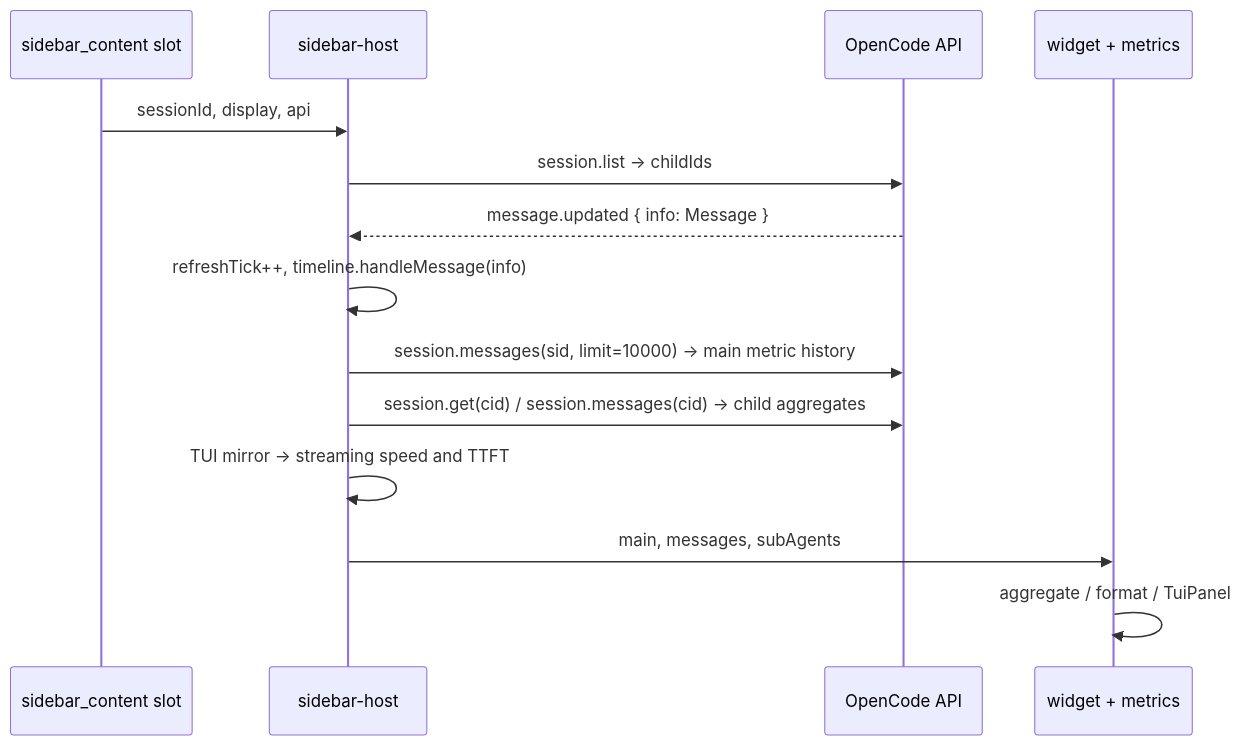
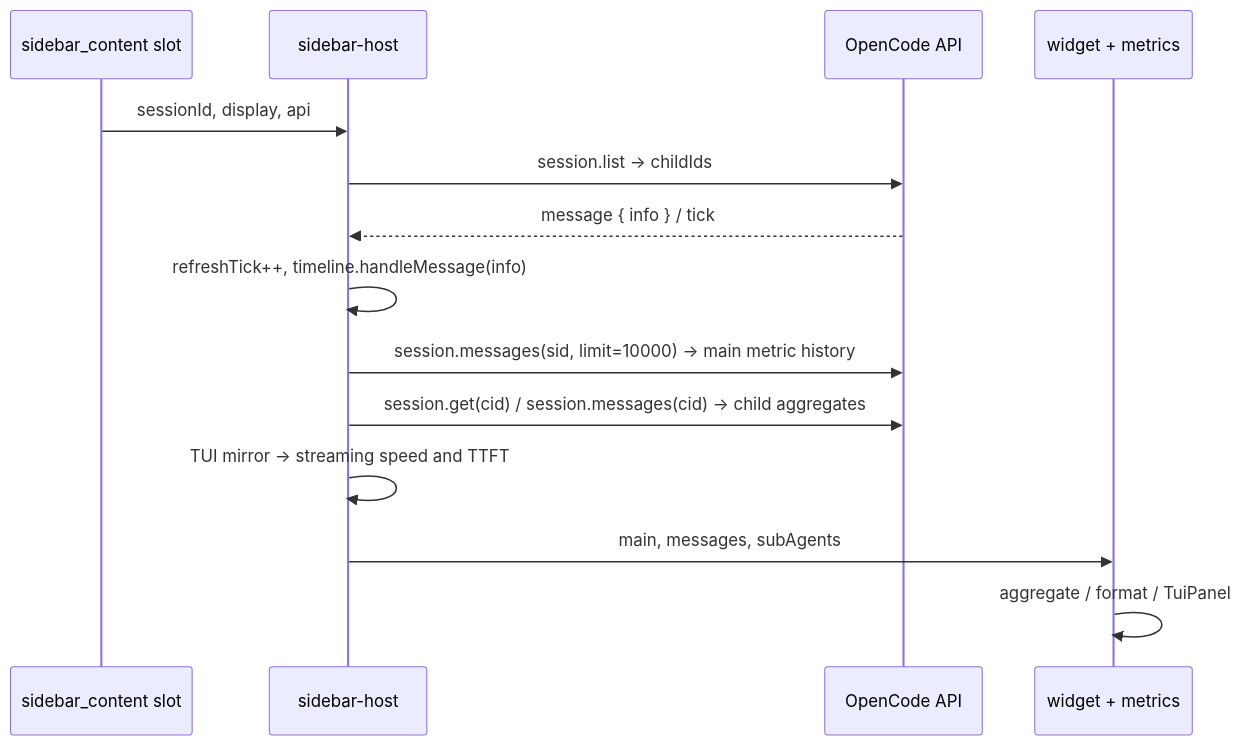
Before and after one commit to devnakx/opencode-cache-hit: the second of 4 diagrams in docs/en/design.md, drawn with Mermaid. The commit also changed other lines of this file and 55 other files, not shown here.

````diff
--- a/docs/en/design.md
+++ b/docs/en/design.md
@@ -68,17 +68,17 @@
 ```mermaid
 sequenceDiagram
   participant Slot as sidebar_content slot
   participant Host as sidebar-host
   participant API as OpenCode API
   participant W as widget + metrics
 
   Slot->>Host: sessionId, display, api
   Host->>API: session.list → childIds
-  API-->>Host: message.updated { info: Message }
+  API-->>Host: message { info } / tick
   Host->>Host: refreshTick++, timeline.handleMessage(info)
   Host->>API: session.messages(sid, limit=10000) → main metric history
   Host->>API: session.get(cid) / session.messages(cid) → child aggregates
   Host->>Host: TUI mirror → streaming speed and TTFT
   Host->>W: main, messages, subAgents
   W->>W: aggregate / format / TuiPanel
 ```
````
